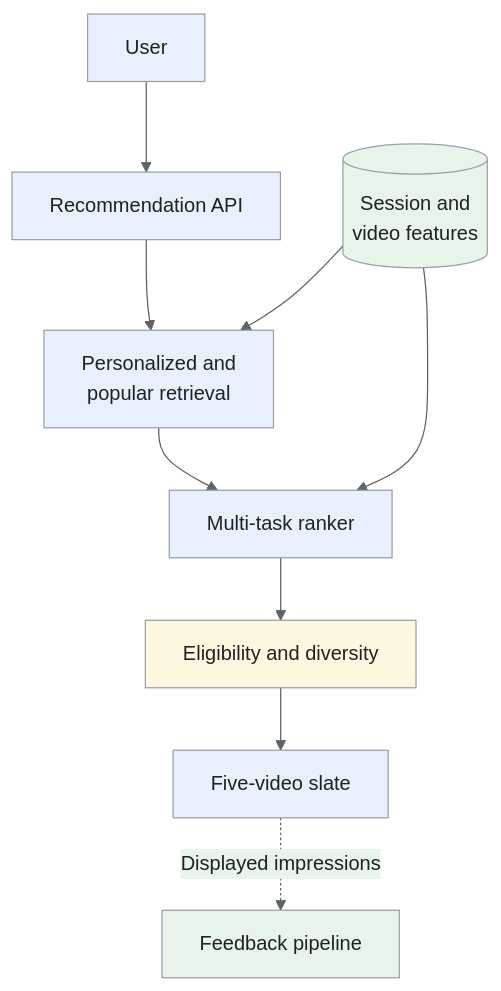
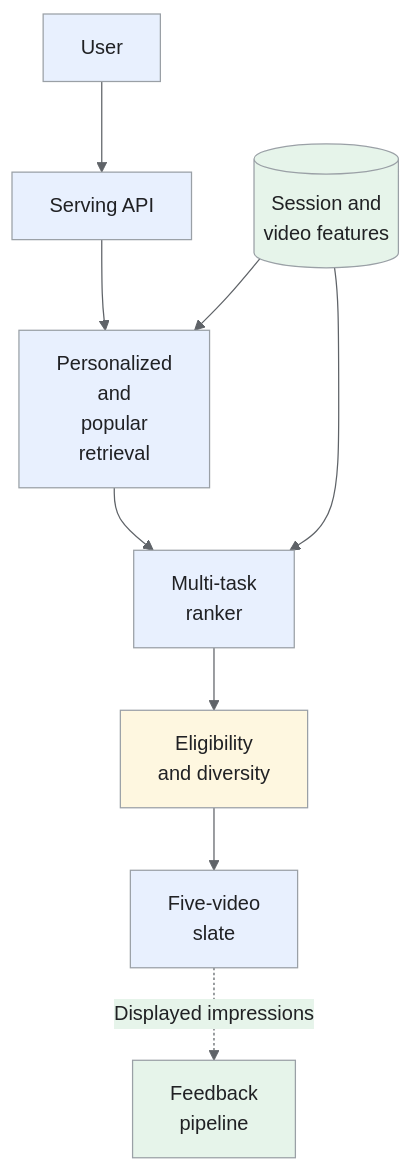
The first of 5 diagrams in _designs/video-recommendations.md (iliazlobin/iliazlobin.github.io), drawn with Mermaid before and after one commit. The commit also changed other lines of this file and 116 other files, not shown here.

````diff
--- a/_designs/video-recommendations.md
+++ b/_designs/video-recommendations.md
@@ -135,19 +135,19 @@
 ```mermaid
-%%{init: {'theme':'base','themeVariables':{'primaryColor':'#e8f0fe','primaryTextColor':'#202124','primaryBorderColor':'#9aa0a6','lineColor':'#5f6368','secondaryColor':'#e6f4ea','tertiaryColor':'#fef7e0','actorBkg':'#e8f0fe','actorBorder':'#9aa0a6','actorTextColor':'#202124','noteBkgColor':'#fef7e0','noteTextColor':'#202124','noteBorderColor':'#9aa0a6','signalColor':'#5f6368','signalTextColor':'#202124','labelBoxBkgColor':'#fef7e0','labelBoxBorderColor':'#9aa0a6'}}}%%
+%%{init: {"theme":"base","themeVariables":{"primaryColor":"#e8f0fe","primaryBorderColor":"#9aa0a6","primaryTextColor":"#202124","secondaryColor":"#e6f4ea","tertiaryColor":"#fef7e0","lineColor":"#5f6368","actorBkg":"#e8f0fe","actorBorder":"#9aa0a6","actorTextColor":"#202124","noteBkgColor":"#fef7e0","noteBorderColor":"#9aa0a6","noteTextColor":"#202124","signalColor":"#5f6368","signalTextColor":"#202124"}}}%%
 flowchart TB
-    U["User"] --> API["Recommendation API"]
-    API --> RET["Personalized and<br/>popular retrieval"]
-    RET --> RANK["Multi-task ranker"]
-    RANK --> SLATE["Eligibility and diversity"]
-    SLATE --> OUT["Five-video slate"]
-    F[("Session and<br/>video features")] --> RET
+    U["User"] --> API["Serving API"]
+    API --> RET["Personalized<br>and<br>popular<br>retrieval"]
+    RET --> RANK["Multi-task<br>ranker"]
+    RANK --> SLATE["Eligibility<br>and diversity"]
+    SLATE --> OUT["Five-video<br>slate"]
+    F[("Session and<br>video features")] --> RET
     F --> RANK
-    OUT -.->|"Displayed impressions"| EVENTS["Feedback pipeline"]
+    OUT -.->|"Displayed impressions"| EVENTS["Feedback<br>pipeline"]
 classDef request fill:#e8f0fe,stroke:#9aa0a6,color:#202124;
 classDef data fill:#e6f4ea,stroke:#9aa0a6,color:#202124;
 classDef control fill:#fef7e0,stroke:#9aa0a6,color:#202124;
 class U,API,RET,RANK,OUT request;
 class F,EVENTS data;
 class SLATE control;
 
 ```
````
